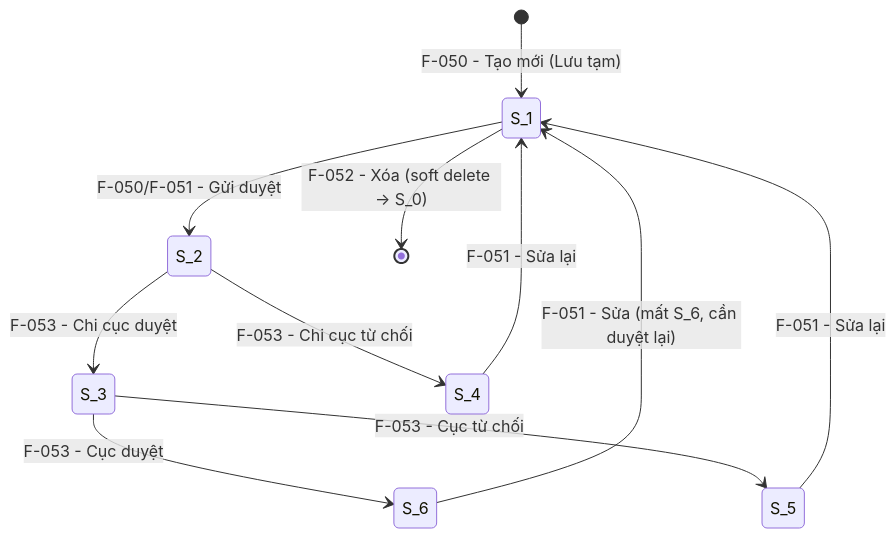
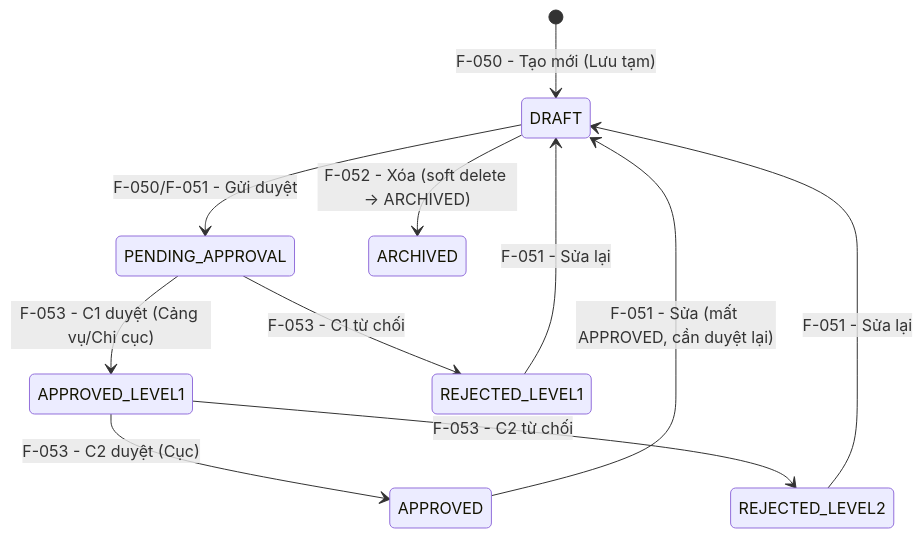
Before and after one commit to trangg21-bit/hang-hai-kchtgt: the diagram in docs/modules/M-003-quan-ly-tai-san-kchtgt-khu-nuoc-vts/_features/F-051-quan-ly-co-so-sua-chua-dong-tau-cap-nhat/feature-brief.md, drawn with Mermaid. The commit also changed other lines of this file and 139 other files, not shown here.

````diff
--- a/docs/modules/M-003-quan-ly-tai-san-kchtgt-khu-nuoc-vts/_features/F-051-quan-ly-co-so-sua-chua-dong-tau-cap-nhat/feature-brief.md
+++ b/docs/modules/M-003-quan-ly-tai-san-kchtgt-khu-nuoc-vts/_features/F-051-quan-ly-co-so-sua-chua-dong-tau-cap-nhat/feature-brief.md
@@ -138,13 +138,13 @@
 ```mermaid
 stateDiagram-v2
-    [*] --> S_1: F-050 - Tạo mới (Lưu tạm)
-    S_1 --> S_2: F-050/F-051 - Gửi duyệt
-    S_2 --> S_3: F-053 - Chi cục duyệt
-    S_2 --> S_4: F-053 - Chi cục từ chối
-    S_3 --> S_6: F-053 - Cục duyệt
-    S_3 --> S_5: F-053 - Cục từ chối
-    S_4 --> S_1: F-051 - Sửa lại
-    S_5 --> S_1: F-051 - Sửa lại
-    S_6 --> S_1: F-051 - Sửa (mất S_6, cần duyệt lại)
-    S_1 --> [*]: F-052 - Xóa (soft delete → S_0)
+    [*] --> DRAFT: F-050 - Tạo mới (Lưu tạm)
+    DRAFT --> PENDING_APPROVAL: F-050/F-051 - Gửi duyệt
+    PENDING_APPROVAL --> APPROVED_LEVEL1: F-053 - C1 duyệt (Cảng vụ/Chi cục)
+    PENDING_APPROVAL --> REJECTED_LEVEL1: F-053 - C1 từ chối
+    APPROVED_LEVEL1 --> APPROVED: F-053 - C2 duyệt (Cục)
+    APPROVED_LEVEL1 --> REJECTED_LEVEL2: F-053 - C2 từ chối
+    REJECTED_LEVEL1 --> DRAFT: F-051 - Sửa lại
+    REJECTED_LEVEL2 --> DRAFT: F-051 - Sửa lại
+    APPROVED --> DRAFT: F-051 - Sửa (mất APPROVED, cần duyệt lại)
+    DRAFT --> ARCHIVED: F-052 - Xóa (soft delete → ARCHIVED)
 ```
````
